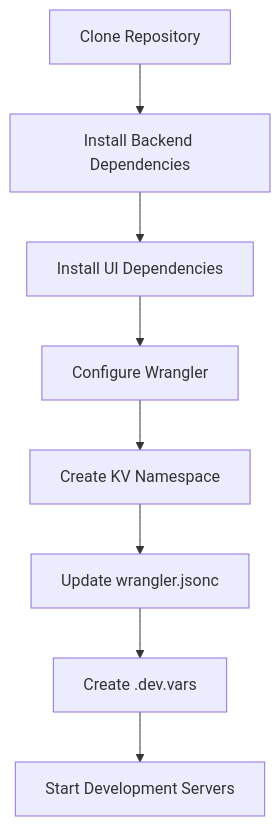
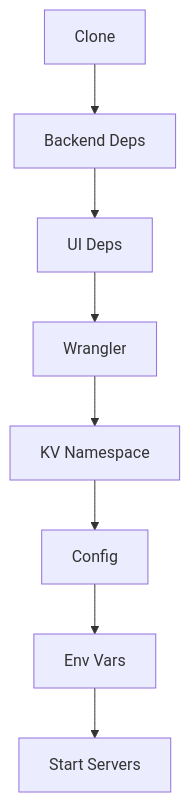
Before and after one commit to erfianugrah/pastebin: the sixth of 7 diagrams in docs/DOCUMENTATION.md, drawn with Mermaid. The commit also changed other lines of this file and 4 other files, not shown here.

Commit message:
updated mermaid diagrams

````diff
--- a/docs/DOCUMENTATION.md
+++ b/docs/DOCUMENTATION.md
@@ -361,10 +356,10 @@
 ```mermaid
 graph TD
-    Clone[Clone Repository] --> BackendDeps[Install Backend Dependencies]
-    BackendDeps --> UIDeps[Install UI Dependencies]
-    UIDeps --> ConfigWrangler[Configure Wrangler]
-    ConfigWrangler --> CreateNamespace[Create KV Namespace]
-    CreateNamespace --> UpdateConfig[Update wrangler.jsonc]
-    UpdateConfig --> CreateEnv[Create .dev.vars]
-    CreateEnv --> Start[Start Development Servers]
+    Clone[Clone] --> BackendDeps[Backend Deps]
+    BackendDeps --> UIDeps[UI Deps]
+    UIDeps --> Wrangler[Wrangler]
+    Wrangler --> KV[KV Namespace]
+    KV --> Config[Config]
+    Config --> Env[Env Vars]
+    Env --> Start[Start Servers]
 ```
````
